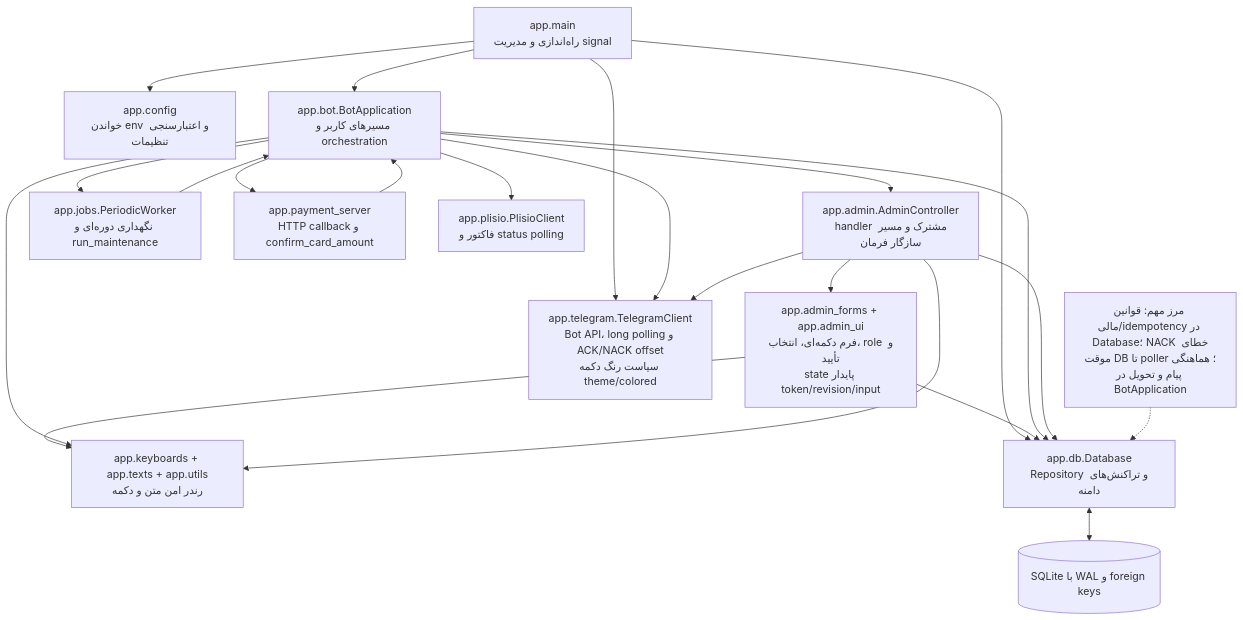
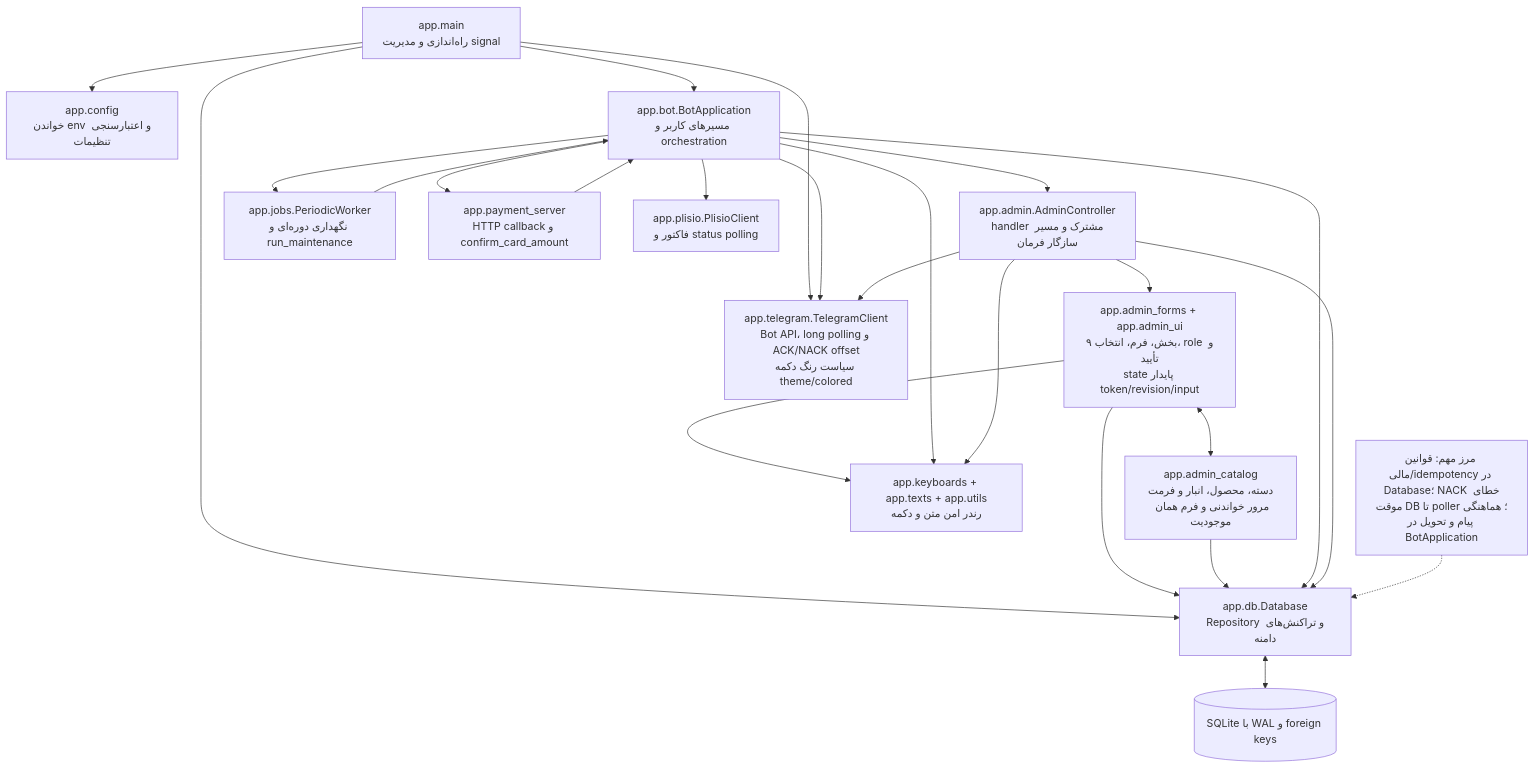
One commit to mohamadkheiry/aibotTelegram changed the diagram in docs/diagrams/02-component-architecture.mmd. Above: the diagram before and after it, drawn with Mermaid. The commit also changed 33 other files, not shown here.

Commit message:
Align nine-section admin panel and product-scoped catalog with specification

```diff
--- a/docs/diagrams/02-component-architecture.mmd
+++ b/docs/diagrams/02-component-architecture.mmd
@@ -1,37 +1,40 @@
 flowchart TB
     Entry["app.main<br/>راه‌اندازی و مدیریت signal"]
     Config["app.config<br/>خواندن env و اعتبارسنجی تنظیمات"]
     Bot["app.bot.BotApplication<br/>مسیرهای کاربر و orchestration"]
     Admin["app.admin.AdminController<br/>handler مشترک و مسیر سازگار فرمان"]
-    Forms["app.admin_forms + app.admin_ui<br/>فرم دکمه‌ای، انتخاب، role و تأیید<br/>state پایدار token/revision/input"]
+    Forms["app.admin_forms + app.admin_ui<br/>۹ بخش، فرم، انتخاب، role و تأیید<br/>state پایدار token/revision/input"]
+    Catalog["app.admin_catalog<br/>دسته، محصول، انبار و فرمت<br/>مرور خواندنی و فرم همان موجودیت"]
     UI["app.keyboards + app.texts + app.utils<br/>رندر امن متن و دکمه"]
     Repo["app.db.Database<br/>Repository و تراکنش‌های دامنه"]
     TG["app.telegram.TelegramClient<br/>Bot API، long polling و ACK/NACK offset<br/>سیاست رنگ دکمه theme/colored"]
     Worker["app.jobs.PeriodicWorker<br/>نگهداری دوره‌ای و run_maintenance"]
     Card["app.payment_server<br/>HTTP callback و confirm_card_amount"]
     Crypto["app.plisio.PlisioClient<br/>فاکتور و status polling"]
     DB[("SQLite با WAL و foreign keys")]
 
     Entry --> Config
     Entry --> Repo
     Entry --> TG
     Entry --> Bot
     Bot --> Admin
     Admin --> Forms
     Forms --> Repo
+    Forms <--> Catalog
+    Catalog --> Repo
     Forms --> UI
     Bot --> UI
     Admin --> UI
     Bot --> Repo
     Admin --> Repo
     Bot --> TG
     Admin --> TG
     Bot --> Worker
     Worker --> Bot
     Bot --> Card
     Card --> Bot
     Bot --> Crypto
     Repo <--> DB
 
     Contract["مرز مهم: قوانین مالی/idempotency در Database؛ NACK خطای موقت DB تا poller؛ هماهنگی پیام و تحویل در BotApplication"]
     Contract -.-> Repo
```
